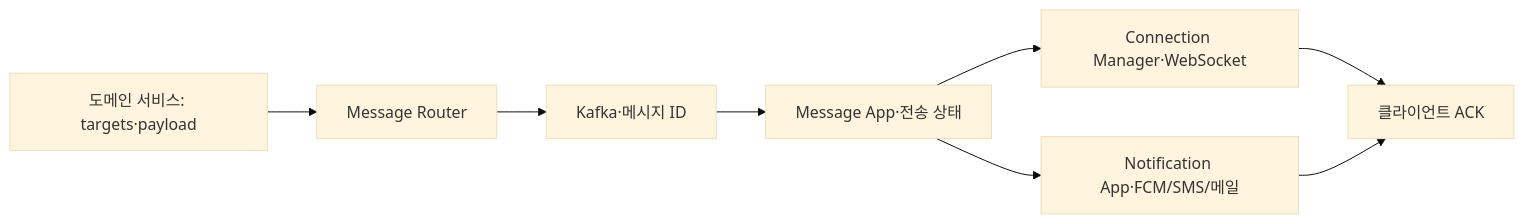
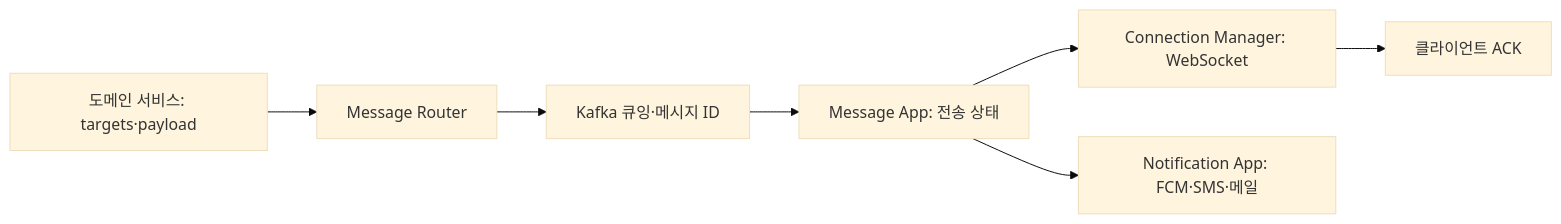
One commit to guseoh/cs changed the diagram in References/Tech Articles/Articles/2026/2026-10-31-독립적이고-범용적인-올인원-메시징-플랫폼-d6d2a300.md. Above: the diagram before and after it, drawn with Mermaid (base theme). The commit also changed other lines of this file and 29 other files, not shown here.

````diff
--- a/References/Tech Articles/Articles/2026/2026-10-31-독립적이고-범용적인-올인원-메시징-플랫폼-d6d2a300.md
+++ b/References/Tech Articles/Articles/2026/2026-10-31-독립적이고-범용적인-올인원-메시징-플랫폼-d6d2a300.md
@@ -35,10 +35,9 @@
 ```mermaid
 flowchart LR
-  A[도메인 서비스: targets·payload] --> B[Message Router]
-  B --> C[Kafka·메시지 ID]
-  C --> D[Message App·전송 상태]
-  D --> E[Connection Manager·WebSocket]
-  D --> F[Notification App·FCM/SMS/메일]
-  E --> G[클라이언트 ACK]
-  F --> G
+ A[도메인 서비스: targets·payload] --> B[Message Router]
+ B --> C[Kafka 큐잉·메시지 ID]
+ C --> D[Message App: 전송 상태]
+ D --> E[Connection Manager: WebSocket]
+ D --> F[Notification App: FCM·SMS·메일]
+ E --> G[클라이언트 ACK]
 ```
````
